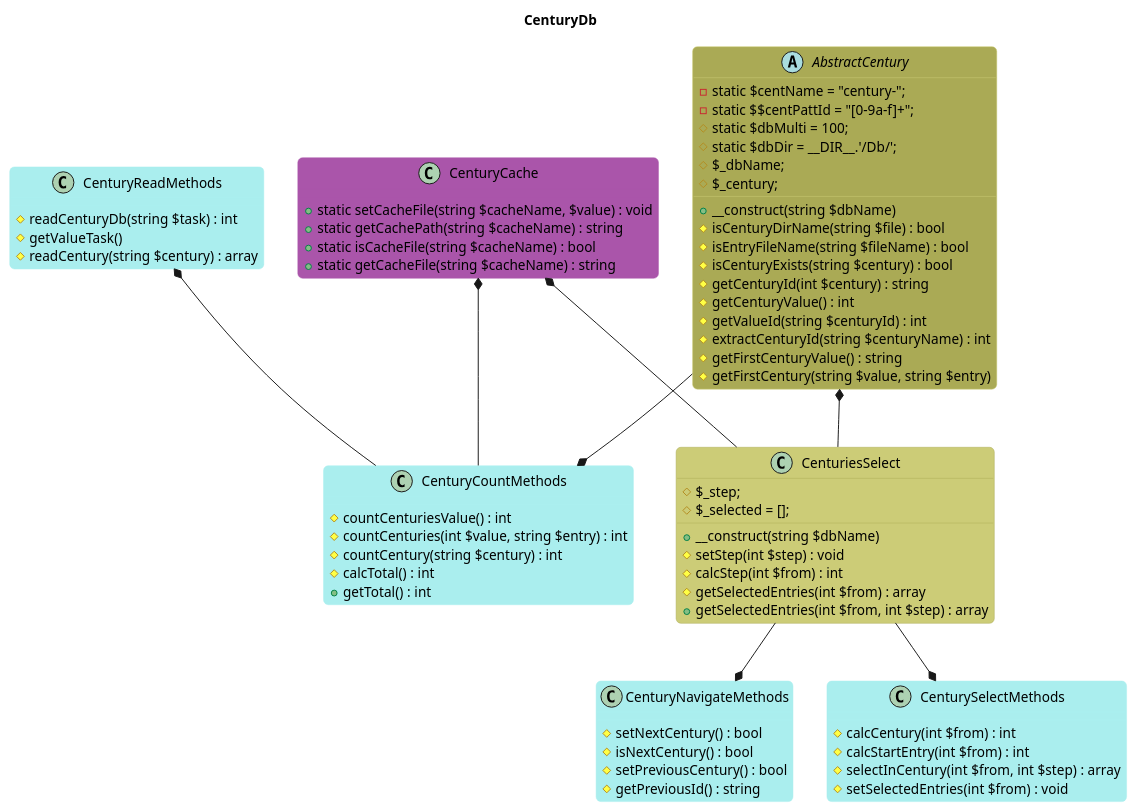
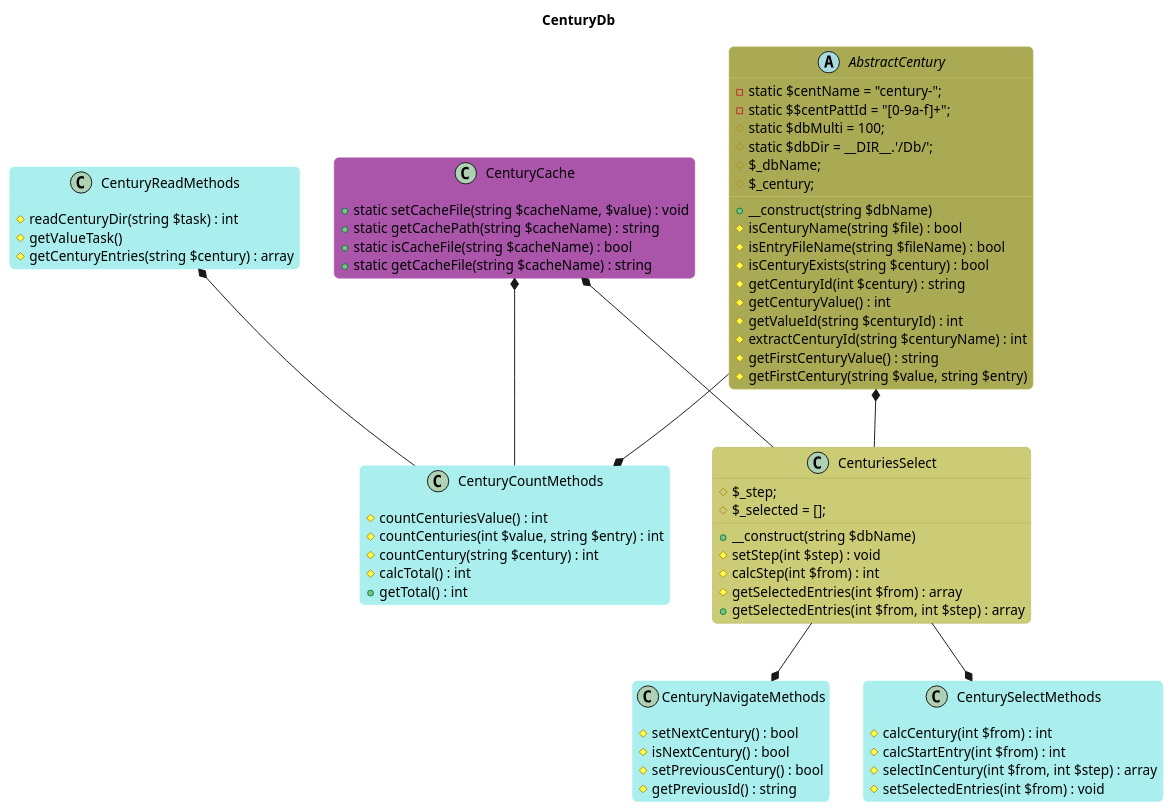
Before and after one commit to ohabille/maincore: the diagram in diagrammesUml/CenturyDb.puml, drawn with PlantUML. The commit also changed 10 other files, not shown here.

```diff
--- a/diagrammesUml/CenturyDb.puml
+++ b/diagrammesUml/CenturyDb.puml
@@ -1,81 +1,81 @@
 @startuml
 
 title "CenturyDb"
 
 skinparam packageStyle rectangle
 skinparam roundCorner 10
 
 abstract class AbstractCentury #AA5;line:CC7; {
     -static $centName = "century-";
     -static $$centPattId = "[0-9a-f]+";
     #static $dbMulti = 100;
     #static $dbDir = __DIR__.'/Db/';
     #$_dbName;
     #$_century;
 
     +__construct(string $dbName)
-    #isCenturyDirName(string $file) : bool
+    #isCenturyName(string $file) : bool
     #isEntryFileName(string $fileName) : bool
     #isCenturyExists(string $century) : bool
     #getCenturyId(int $century) : string
     #getCenturyValue() : int
     #getValueId(string $centuryId) : int
     #extractCenturyId(string $centuryName) : int
     #getFirstCenturyValue() : string
     #getFirstCentury(string $value, string $entry)
 }
 
 class CenturyCache #A5A;line:A5A; {
     +static setCacheFile(string $cacheName, $value) : void
     +static getCachePath(string $cacheName) : string
     +static isCacheFile(string $cacheName) : bool
     +static getCacheFile(string $cacheName) : string
 }
 
 class CenturyReadMethods #AEE;line:AEE; {
-    #readCenturyDb(string $task) : int
+    #readCenturyDir(string $task) : int
     #getValueTask()
-    #readCentury(string $century) : array
+    #getCenturyEntries(string $century) : array
 }
 
 class CenturyCountMethods #AEE;line:AEE; {
     #countCenturiesValue() : int
     #countCenturies(int $value, string $entry) : int
     #countCentury(string $century) : int
     #calcTotal() : int
     +getTotal() : int
 }
 CenturyCache *-- CenturyCountMethods
 AbstractCentury --* CenturyCountMethods
 CenturyReadMethods *-- CenturyCountMethods
 
 class CenturiesSelect #CC7;line:AA5; {
     #$_step;
     #$_selected = [];
 
     +__construct(string $dbName)
     #setStep(int $step) : void
     #calcStep(int $from) : int
     #getSelectedEntries(int $from) : array
     +getSelectedEntries(int $from, int $step) : array
 }
 AbstractCentury *-- CenturiesSelect
 CenturyCache *-- CenturiesSelect
 
 class CenturyNavigateMethods #AEE;line:AEE; {
     #setNextCentury() : bool
     #isNextCentury() : bool
     #setPreviousCentury() : bool
     #getPreviousId() : string
 }
 CenturiesSelect --* CenturyNavigateMethods
 
 class CenturySelectMethods #AEE;line:AEE; {
     #calcCentury(int $from) : int
     #calcStartEntry(int $from) : int
     #selectInCentury(int $from, int $step) : array
     #setSelectedEntries(int $from) : void
 }
 CenturiesSelect --* CenturySelectMethods
 
 @enduml
```
